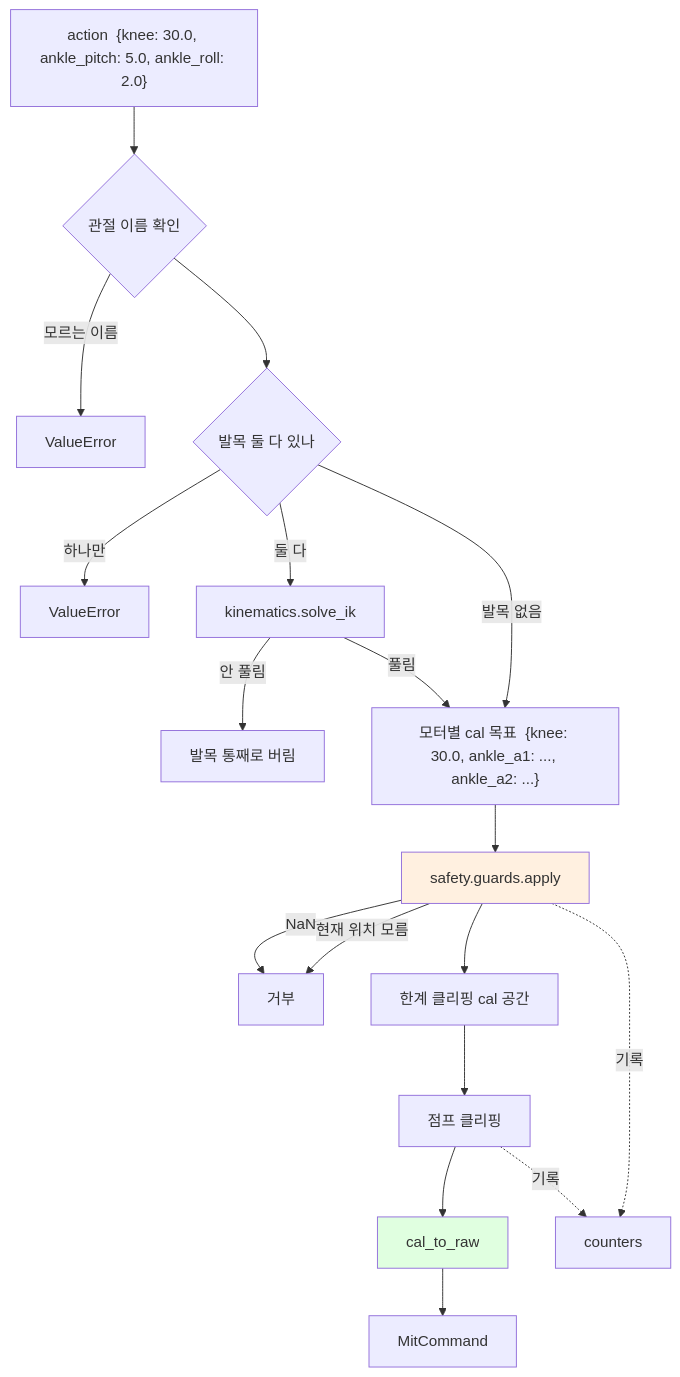
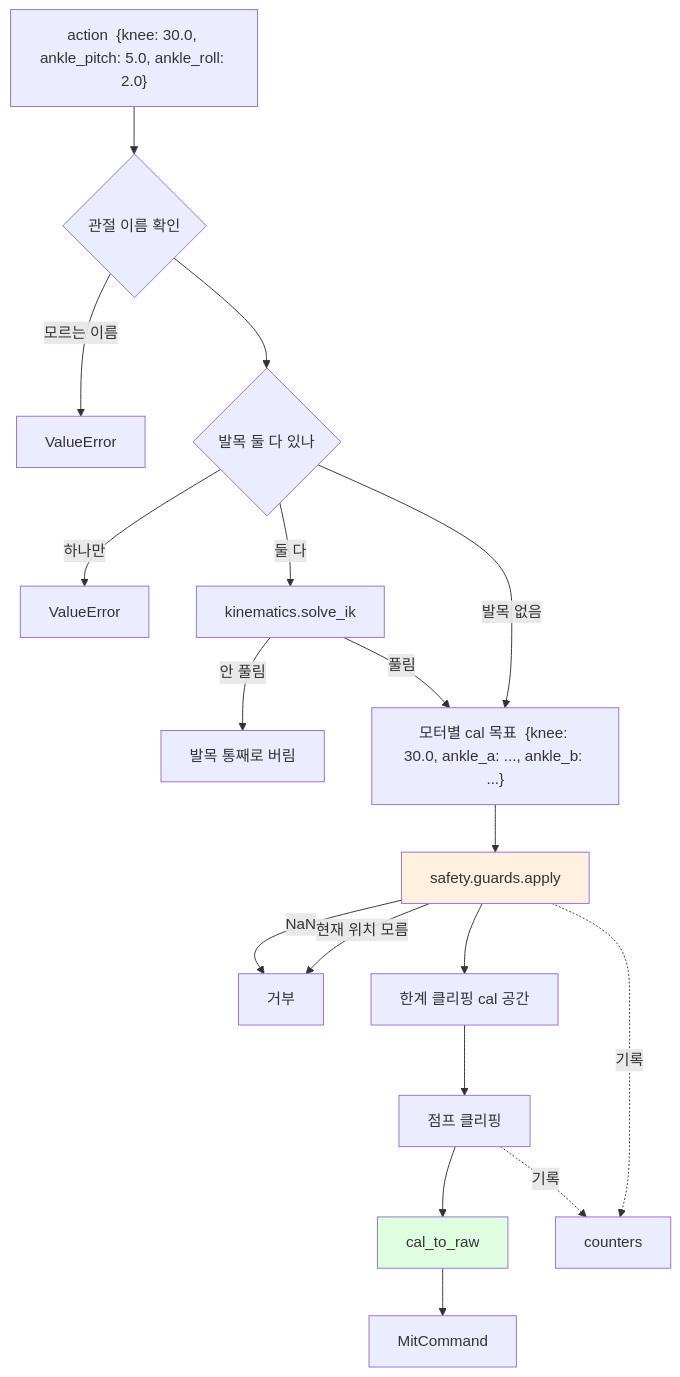
Before and after one commit to chanhue/HUPHY: the fourth of 9 diagrams in docs/flow_diagrams.md, drawn with Mermaid. The commit also changed 28 other files, not shown here.

````diff
--- a/docs/flow_diagrams.md
+++ b/docs/flow_diagrams.md
@@ -177,25 +177,25 @@
 ```mermaid
 graph TD
     A["action  {knee: 30.0, ankle_pitch: 5.0, ankle_roll: 2.0}"] --> B{관절 이름 확인}
     B -->|모르는 이름| ERR[ValueError]
     B --> C{발목 둘 다 있나}
     C -->|하나만| ERR2[ValueError]
     C -->|둘 다| IK[kinematics.solve_ik]
     IK -->|안 풀림| DROP[발목 통째로 버림]
-    IK -->|풀림| T["모터별 cal 목표  {knee: 30.0, ankle_a1: ..., ankle_a2: ...}"]
+    IK -->|풀림| T["모터별 cal 목표  {knee: 30.0, ankle_a: ..., ankle_b: ...}"]
     C -->|발목 없음| T
 
     T --> G[safety.guards.apply]
     G -->|NaN| RJ[거부]
     G -->|현재 위치 모름| RJ
     G --> CL["한계 클리핑  cal 공간"]
     CL --> JP[점프 클리핑]
     JP --> R2R[cal_to_raw]
     R2R --> MC[MitCommand]
 
     G -.기록.-> CNT[counters]
     JP -.기록.-> CNT
 
     style G fill:#fff0e0
     style R2R fill:#e0ffe0
 ```
````
